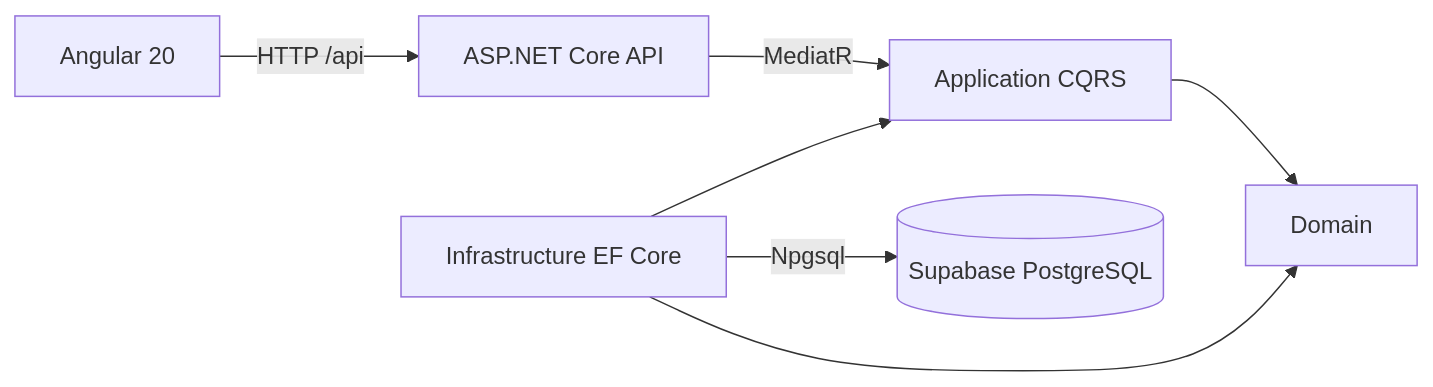
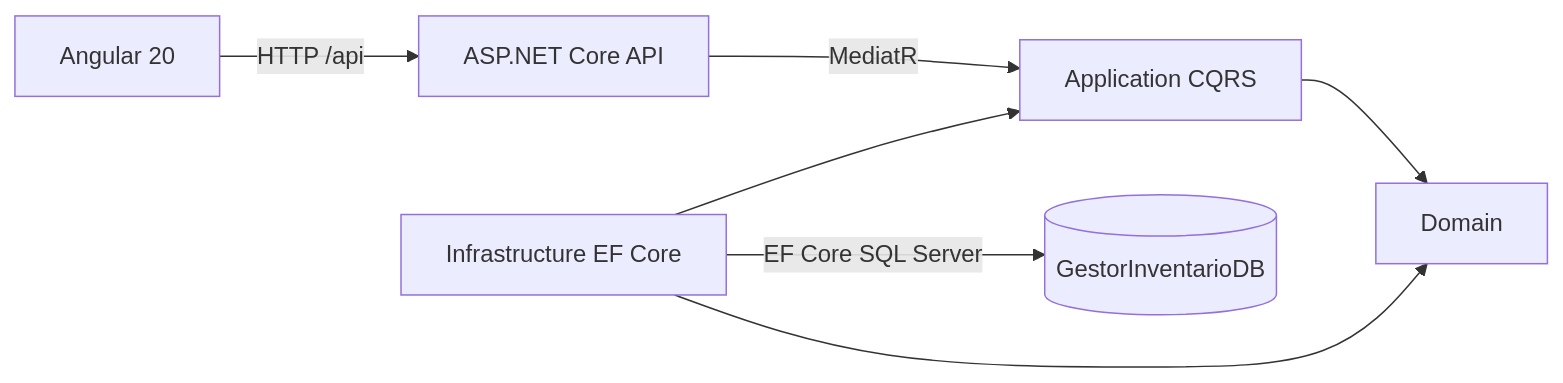
One commit to YeisonNEDF/Agaval changed the first of 2 diagrams in Doc/01-arquitectura.md. Above: the diagram before and after it, drawn with Mermaid. The commit also changed other lines of this file and 23 other files, not shown here.

Commit message:
refactor: use self-initializing SQL Server persistence

````diff
--- a/Doc/01-arquitectura.md
+++ b/Doc/01-arquitectura.md
@@ -5,9 +5,9 @@
 ```mermaid
 flowchart LR
     UI[Angular 20] -->|HTTP /api| API[ASP.NET Core API]
     API -->|MediatR| APP[Application CQRS]
     APP --> DOMAIN[Domain]
     INFRA[Infrastructure EF Core] --> APP
     INFRA --> DOMAIN
-    INFRA -->|Npgsql| DB[(Supabase PostgreSQL)]
+    INFRA -->|EF Core SQL Server| DB[(GestorInventarioDB)]
 ```
````
